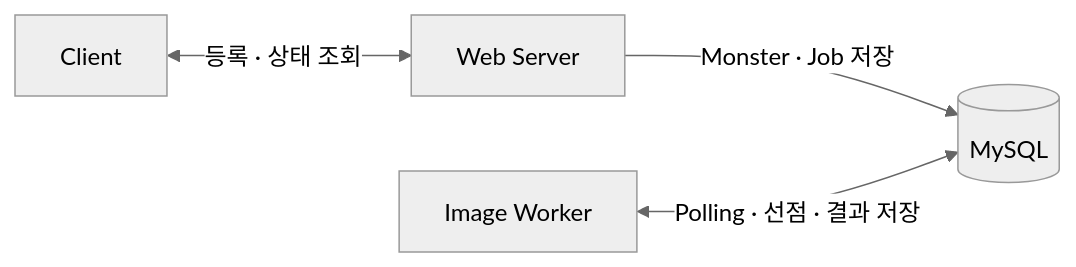
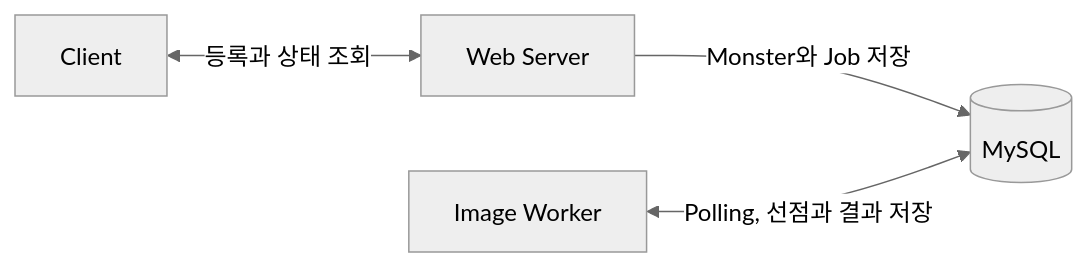
Before and after one commit to kangrae-jo/woowa-archive: the first of 3 diagrams in technical-writing/blog-draft/03-implementation.md, drawn with Mermaid (neutral theme). The commit also changed other lines of this file and 7 other files, not shown here.

````diff
--- a/technical-writing/blog-draft/03-implementation.md
+++ b/technical-writing/blog-draft/03-implementation.md
@@ -15,6 +15,6 @@
 ```mermaid
 flowchart LR
-    client["Client"] <-->|"등록 · 상태 조회"| web["Web Server"]
-    web -->|"Monster · Job 저장"| mysql[("MySQL")]
-    worker["Image Worker"] <-->|"Polling · 선점 · 결과 저장"| mysql
+    client["Client"] <-->|"등록과 상태 조회"| web["Web Server"]
+    web -->|"Monster와 Job 저장"| mysql[("MySQL")]
+    worker["Image Worker"] <-->|"Polling, 선점과 결과 저장"| mysql
 ```
````
